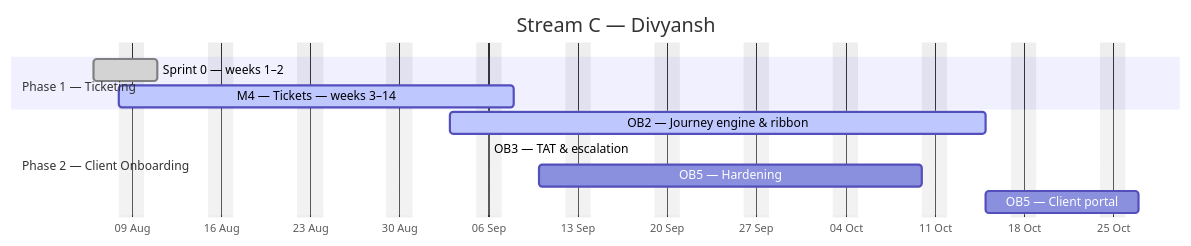
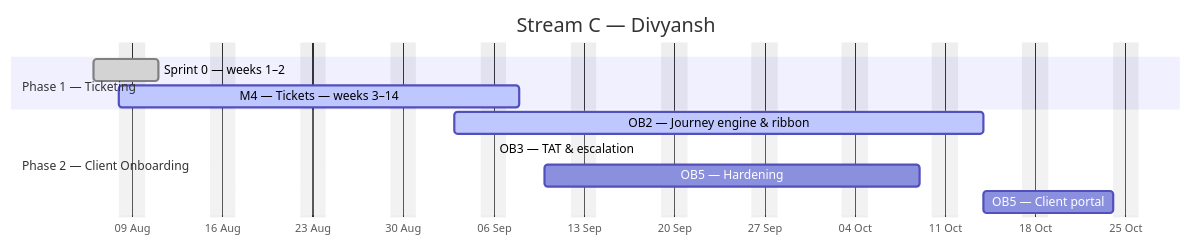
The third of 4 diagrams in docs/plan/GANTT.md (debashisedunext/EduTrack), drawn with Mermaid before and after one commit. The commit also changed other lines of this file and 2 other files, not shown here.

````diff
--- a/docs/plan/GANTT.md
+++ b/docs/plan/GANTT.md
@@ -174,15 +173,15 @@
 ```mermaid
 gantt
     dateFormat YYYY-MM-DD
     axisFormat %d %b
     title Stream C — Divyansh
     excludes weekends
     section Phase 1 — Ticketing
     Sprint 0 — weeks 1–2 :done, c0, 2026-08-06, 3d
     M4 — Tickets — weeks 3–14 :active, c1, 2026-08-08, 22d
     section Phase 2 — Client Onboarding
-    OB2 — Journey engine & ribbon :active, c2, 2026-09-03, 30d
-    OB3 — TAT & escalation :active, c3, 2026-09-06, -37d
-    OB5 — Hardening :c4, 2026-09-10, 22d
-    OB5 — Client portal :c5, 2026-10-15, 8d
+    OB2 — Journey engine & ribbon :active, c2, 2026-09-03, 29d
+    OB3 — TAT & escalation :active, c3, 2026-09-06, -36d
+    OB5 — Hardening :c4, 2026-09-10, 21d
+    OB5 — Client portal :c5, 2026-10-14, 8d
 ```
````
